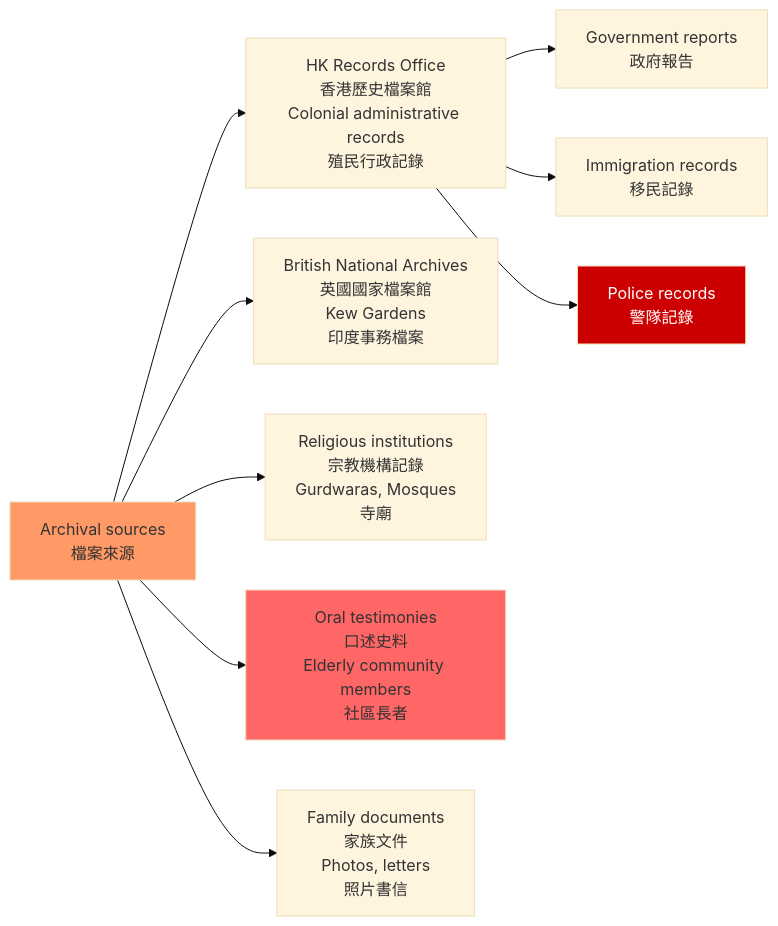
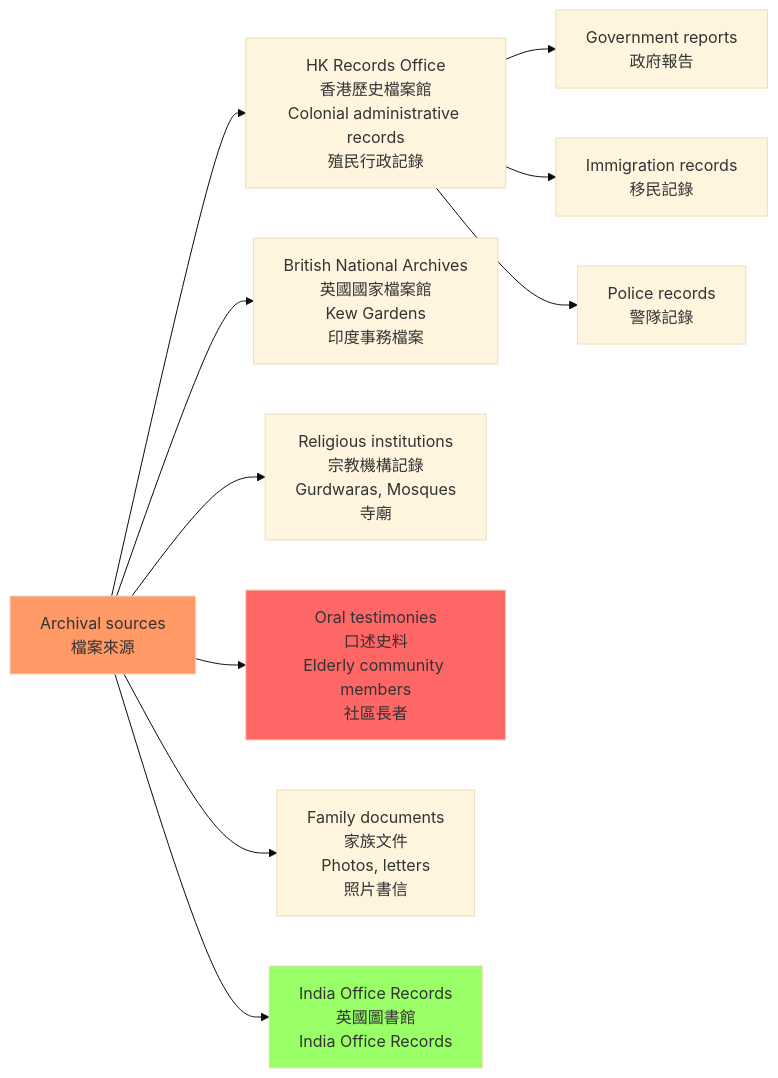
Before and after one commit to yip-lgtm/HKU-Harvard-History-Self-Study: the third of 5 diagrams in 01_HKU_Courses/HIST4038_Migration_and_Archives.md, drawn with Mermaid (base theme). The commit also changed other lines of this file and 22 other files, not shown here.

````diff
--- a/01_HKU_Courses/HIST4038_Migration_and_Archives.md
+++ b/01_HKU_Courses/HIST4038_Migration_and_Archives.md
@@ -146,16 +241,17 @@
 ```mermaid
 graph LR
     A[Archival sources<br/>檔案來源] --> B[HK Records Office<br/>香港歷史檔案館<br/>Colonial administrative records<br/>殖民行政記錄]
     A --> C[British National Archives<br/>英國國家檔案館<br/>Kew Gardens<br/>印度事務檔案]
     A --> D[Religious institutions<br/>宗教機構記錄<br/>Gurdwaras, Mosques<br/>寺廟]
     A --> E[Oral testimonies<br/>口述史料<br/>Elderly community members<br/>社區長者]
     A --> F[Family documents<br/>家族文件<br/>Photos, letters<br/>照片書信]
+    A --> G[India Office Records<br/>英國圖書館<br/>India Office Records]
     
-    B --> G[Government reports<br/>政府報告]
-    B --> H[Immigration records<br/>移民記錄]
-    B --> I[Police records<br/>警隊記錄]
+    B --> H[Government reports<br/>政府報告]
+    B --> I[Immigration records<br/>移民記錄]
+    B --> J[Police records<br/>警隊記錄]
     
     style A fill:#f96
     style E fill:#f66
-    style I fill:#c00,color:#fff
+    style G fill:#9f6
 ```
````
